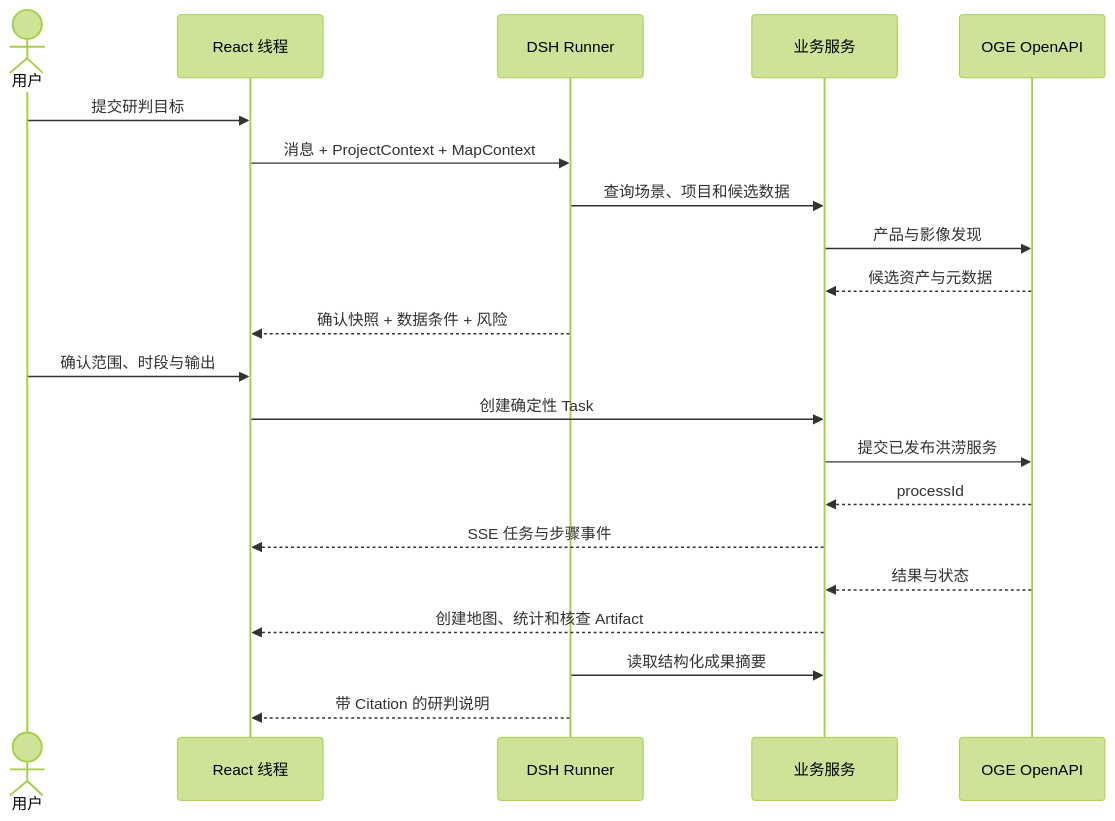
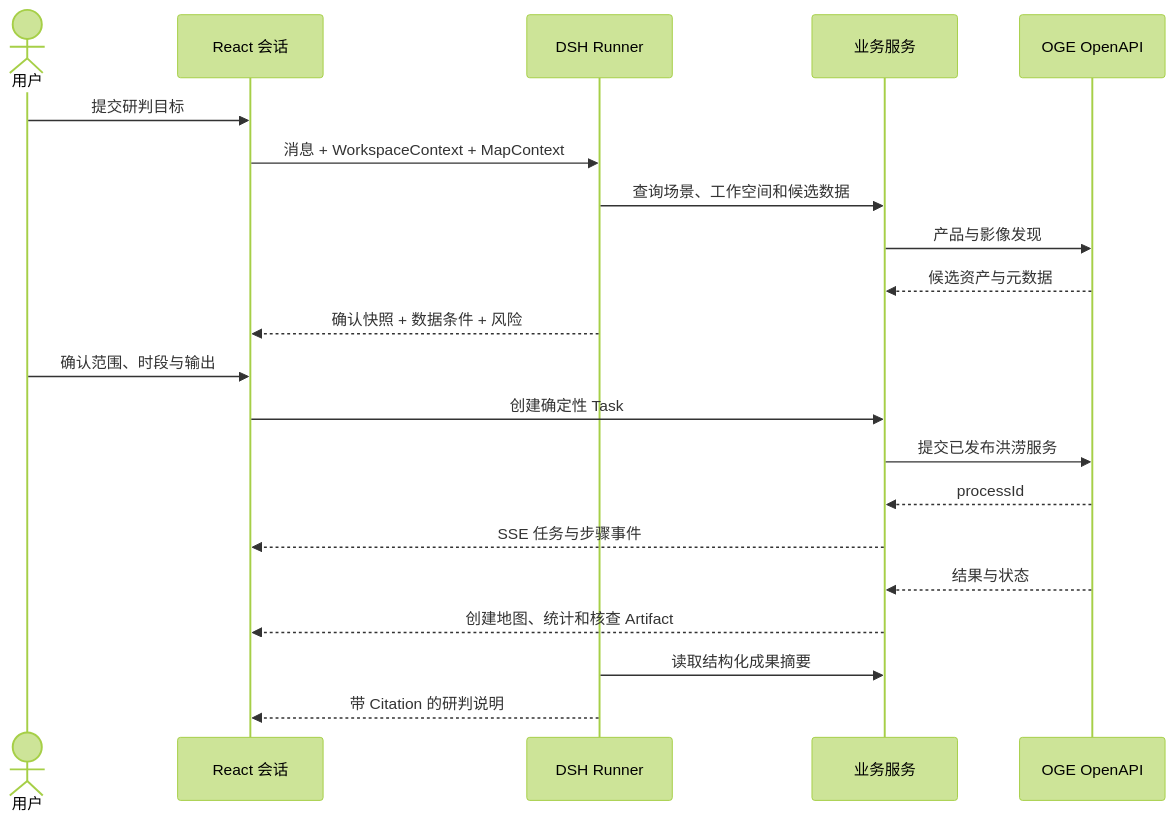
The first of 5 diagrams in docs/开发架构设计.md (haodijia/kunyu-geoagent), drawn with Mermaid (forest theme) before and after one commit. The commit also changed other lines of this file and 3 other files, not shown here.

````diff
--- a/docs/开发架构设计.md
+++ b/docs/开发架构设计.md
@@ -284,24 +286,24 @@
 ```mermaid
 sequenceDiagram
     actor User as 用户
-    participant UI as React 线程
+    participant UI as React 会话
     participant DSH as DSH Runner
     participant App as 业务服务
     participant OGE as OGE OpenAPI
 
     User->>UI: 提交研判目标
-    UI->>DSH: 消息 + ProjectContext + MapContext
-    DSH->>App: 查询场景、项目和候选数据
+    UI->>DSH: 消息 + WorkspaceContext + MapContext
+    DSH->>App: 查询场景、工作空间和候选数据
     App->>OGE: 产品与影像发现
     OGE-->>App: 候选资产与元数据
     DSH-->>UI: 确认快照 + 数据条件 + 风险
     User->>UI: 确认范围、时段与输出
     UI->>App: 创建确定性 Task
     App->>OGE: 提交已发布洪涝服务
     OGE-->>App: processId
     App-->>UI: SSE 任务与步骤事件
     OGE-->>App: 结果与状态
     App-->>UI: 创建地图、统计和核查 Artifact
     DSH->>App: 读取结构化成果摘要
     DSH-->>UI: 带 Citation 的研判说明
 ```
````
